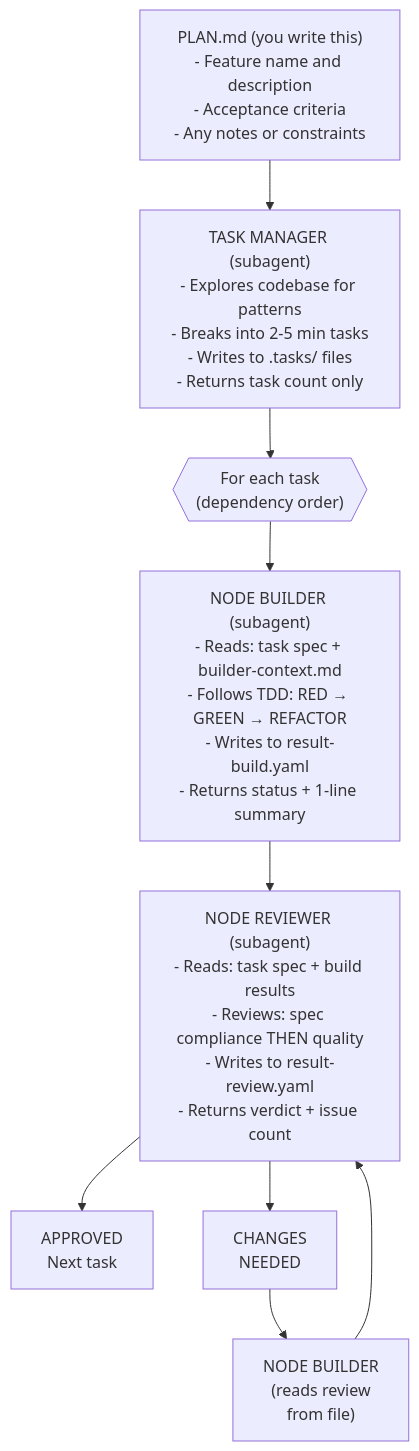
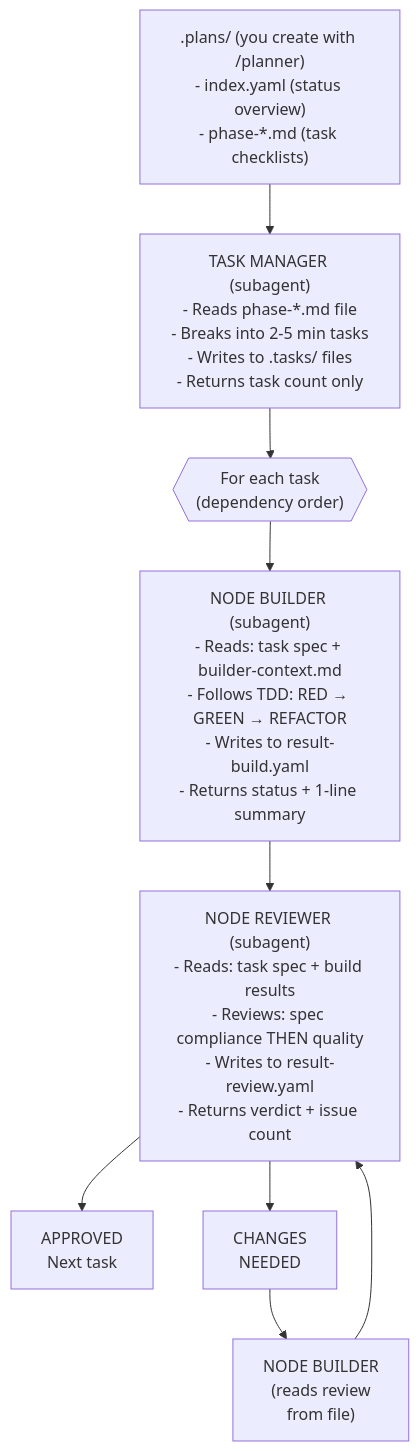
Before and after one commit to curtbushko/nixos-config: the diagram in modules/home/llm/claude/skills/node-team/SKILL.md, drawn with Mermaid. The commit also changed other lines of this file and 9 other files, not shown here.

````diff
--- a/modules/home/llm/claude/skills/node-team/SKILL.md
+++ b/modules/home/llm/claude/skills/node-team/SKILL.md
@@ -27,25 +27,25 @@
 ```mermaid
 flowchart TD
-    PLAN["PLAN.md (you write this)<br/>- Feature name and description<br/>- Acceptance criteria<br/>- Any notes or constraints"]
+    PLANS[".plans/ (you create with /planner)<br/>- index.yaml (status overview)<br/>- phase-*.md (task checklists)"]
 
-    TASK_MGR["TASK MANAGER (subagent)<br/>- Explores codebase for patterns<br/>- Breaks into 2-5 min tasks<br/>- Writes to .tasks/ files<br/>- Returns task count only"]
+    TASK_MGR["TASK MANAGER (subagent)<br/>- Reads phase-*.md file<br/>- Breaks into 2-5 min tasks<br/>- Writes to .tasks/ files<br/>- Returns task count only"]
 
     LOOP{{"For each task<br/>(dependency order)"}}
 
     BUILDER["NODE BUILDER (subagent)<br/>- Reads: task spec + builder-context.md<br/>- Follows TDD: RED → GREEN → REFACTOR<br/>- Writes to result-build.yaml<br/>- Returns status + 1-line summary"]
 
     REVIEWER["NODE REVIEWER (subagent)<br/>- Reads: task spec + build results<br/>- Reviews: spec compliance THEN quality<br/>- Writes to result-review.yaml<br/>- Returns verdict + issue count"]
 
     APPROVED["APPROVED<br/>Next task"]
     CHANGES["CHANGES<br/>NEEDED"]
     FIX["NODE BUILDER<br/>(reads review<br/>from file)"]
 
-    PLAN --> TASK_MGR
+    PLANS --> TASK_MGR
     TASK_MGR --> LOOP
     LOOP --> BUILDER
     BUILDER --> REVIEWER
     REVIEWER --> APPROVED
     REVIEWER --> CHANGES
     CHANGES --> FIX
     FIX --> REVIEWER
 ```
````
